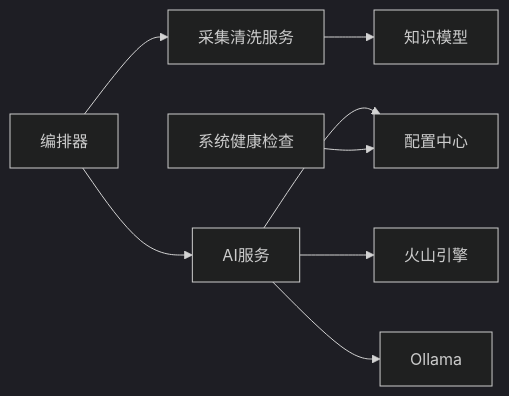
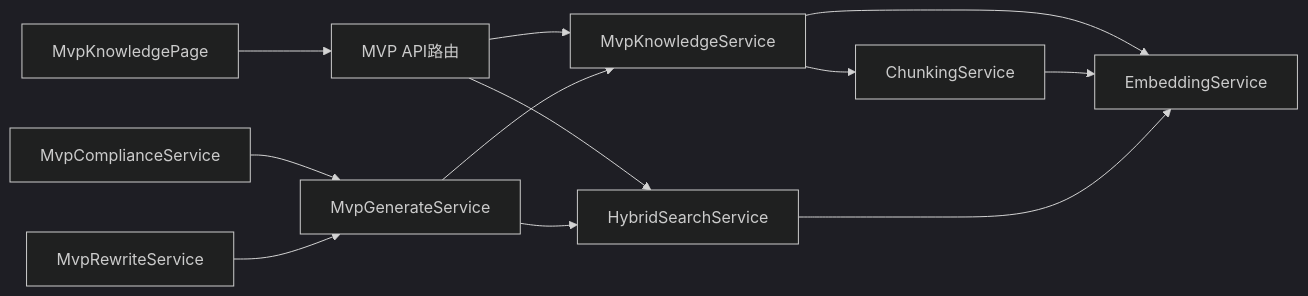
The sixth of 6 diagrams in .qoder/repowiki/zh/content/知识管理体系/知识管理体系.md (dream-ze/AI_huoke-), drawn with Mermaid (dark theme) before and after one commit. The commit also changed other lines of this file and 25 other files, not shown here.

````diff
--- a/.qoder/repowiki/zh/content/知识管理体系/知识管理体系.md
+++ b/.qoder/repowiki/zh/content/知识管理体系/知识管理体系.md
@@ -392,10 +306,14 @@
 ```mermaid
 graph LR
-ORCH["编排器"] --> PIPE["采集清洗服务"]
-ORCH --> AIS["AI服务"]
-PIPE --> MODELS["知识模型"]
-AIS --> CFG["配置中心"]
-AIS --> VOLC["火山引擎"]
-AIS --> OLL["Ollama"]
-SYS["系统健康检查"] --> CFG
+KS["MvpKnowledgeService"] --> CS["ChunkingService"]
+KS --> ES["EmbeddingService"]
+CS --> ES
+HS["HybridSearchService"] --> ES
+API["MVP API路由"] --> KS
+API --> HS
+UI["MvpKnowledgePage"] --> API
+GEN["MvpGenerateService"] --> KS
+GEN --> HS
+COMP["MvpComplianceService"] --> GEN
+REW["MvpRewriteService"] --> GEN
 ```
````
